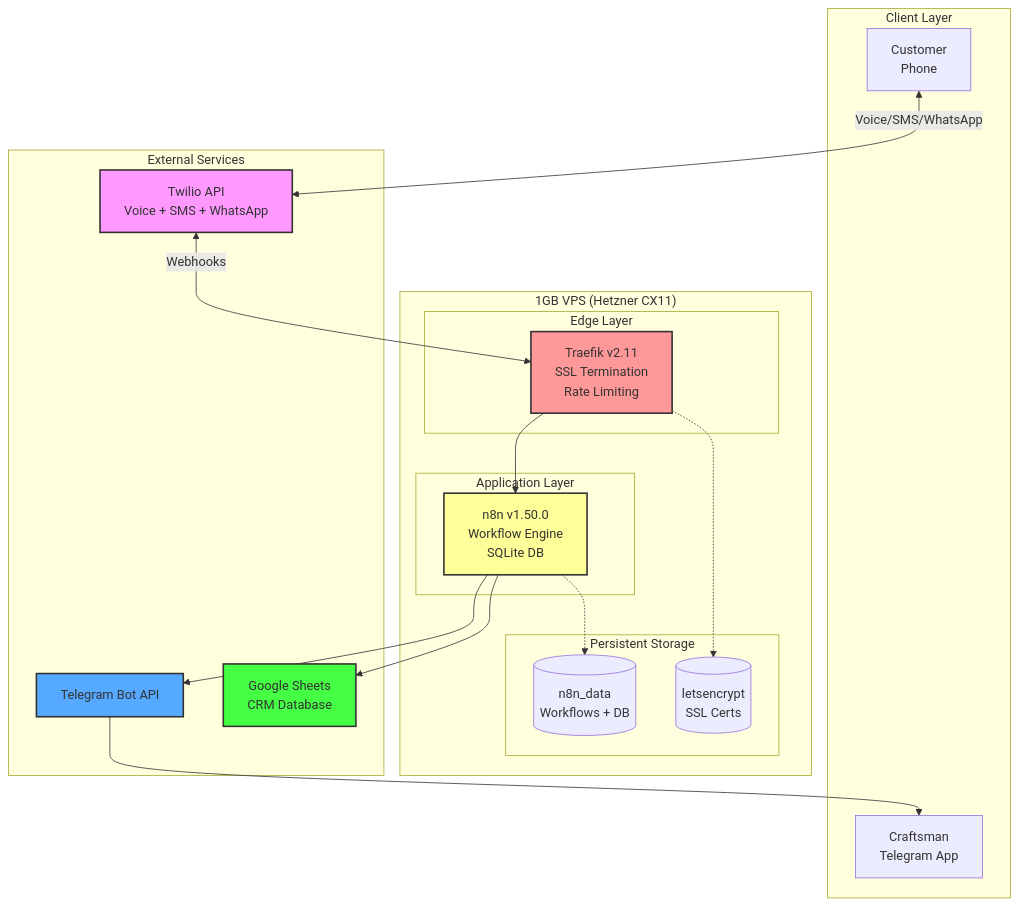
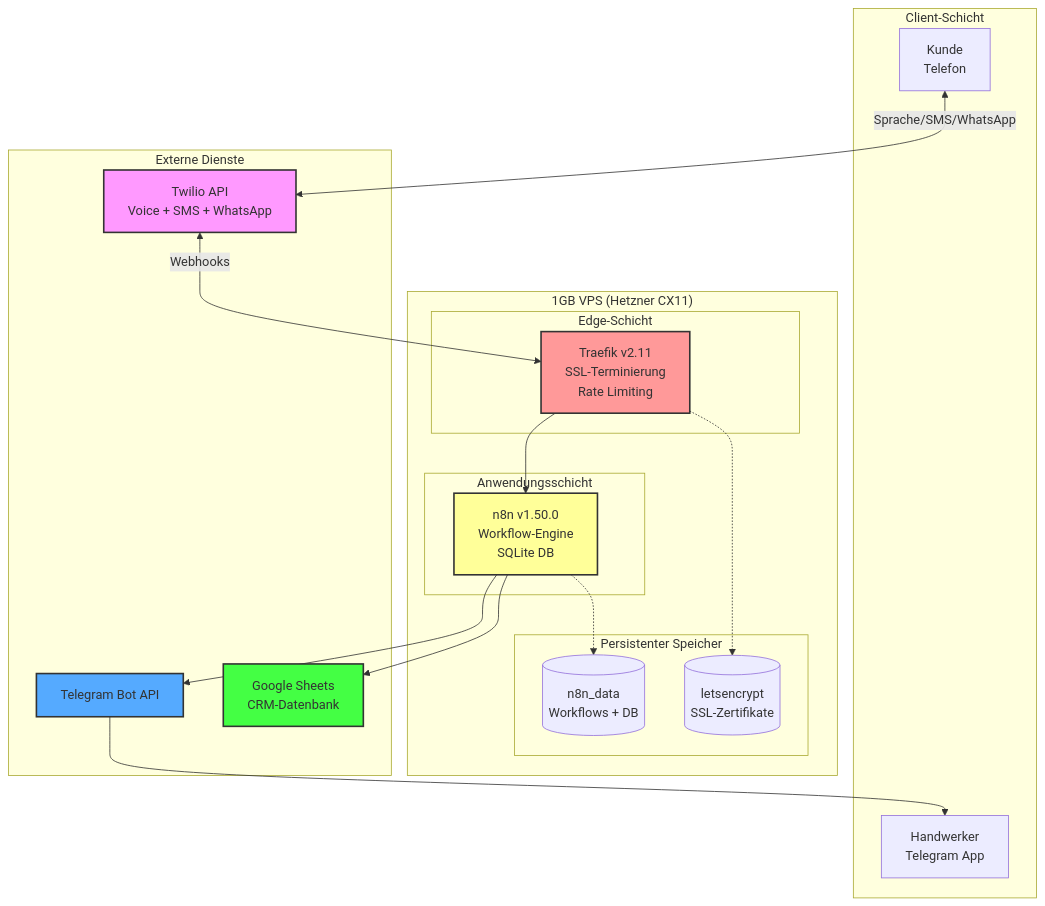
One commit to avion23/meisteranruf-backend changed the first of 9 diagrams in ARCHITECTURE.md. Above: the diagram before and after it, drawn with Mermaid. The commit also changed other lines of this file and 3 other files, not shown here.

````diff
--- a/ARCHITECTURE.md
+++ b/ARCHITECTURE.md
@@ -14,44 +14,44 @@
 ```mermaid
 graph TB
-    subgraph External["External Services"]
+    subgraph External["Externe Dienste"]
         TW[Twilio API<br/>Voice + SMS + WhatsApp]
         TE[Telegram Bot API]
-        GS[Google Sheets<br/>CRM Database]
+        GS[Google Sheets<br/>CRM-Datenbank]
     end
     
     subgraph VPS["1GB VPS (Hetzner CX11)"]
-        subgraph Edge["Edge Layer"]
-            TR[Traefik v2.11<br/>SSL Termination<br/>Rate Limiting]
+        subgraph Edge["Edge-Schicht"]
+            TR[Traefik v2.11<br/>SSL-Terminierung<br/>Rate Limiting]
         end
         
-        subgraph App["Application Layer"]
-            N8[n8n v1.50.0<br/>Workflow Engine<br/>SQLite DB]
+        subgraph App["Anwendungsschicht"]
+            N8[n8n v1.50.0<br/>Workflow-Engine<br/>SQLite DB]
         end
         
-        subgraph Storage["Persistent Storage"]
+        subgraph Storage["Persistenter Speicher"]
             VOL1[(n8n_data<br/>Workflows + DB)]
-            VOL2[(letsencrypt<br/>SSL Certs)]
+            VOL2[(letsencrypt<br/>SSL-Zertifikate)]
         end
     end
     
-    subgraph Clients["Client Layer"]
-        C[Customer<br/>Phone]
-        CR[Craftsman<br/>Telegram App]
+    subgraph Clients["Client-Schicht"]
+        C[Kunde<br/>Telefon]
+        CR[Handwerker<br/>Telegram App]
     end
     
-    C <-- "Voice/SMS/WhatsApp" --> TW
+    C <-- "Sprache/SMS/WhatsApp" --> TW
     TW <-- "Webhooks" --> TR
     TR --> N8
     N8 --> GS
     N8 --> TE
     TE --> CR
     
     N8 -.-> VOL1
     TR -.-> VOL2
     
     style TW fill:#f9f,stroke:#333,stroke-width:2px
     style TE fill:#5af,stroke:#333,stroke-width:2px
     style GS fill:#4f4,stroke:#333,stroke-width:2px
     style N8 fill:#ff9,stroke:#333,stroke-width:2px
     style TR fill:#f99,stroke:#333,stroke-width:2px
 ```
````
